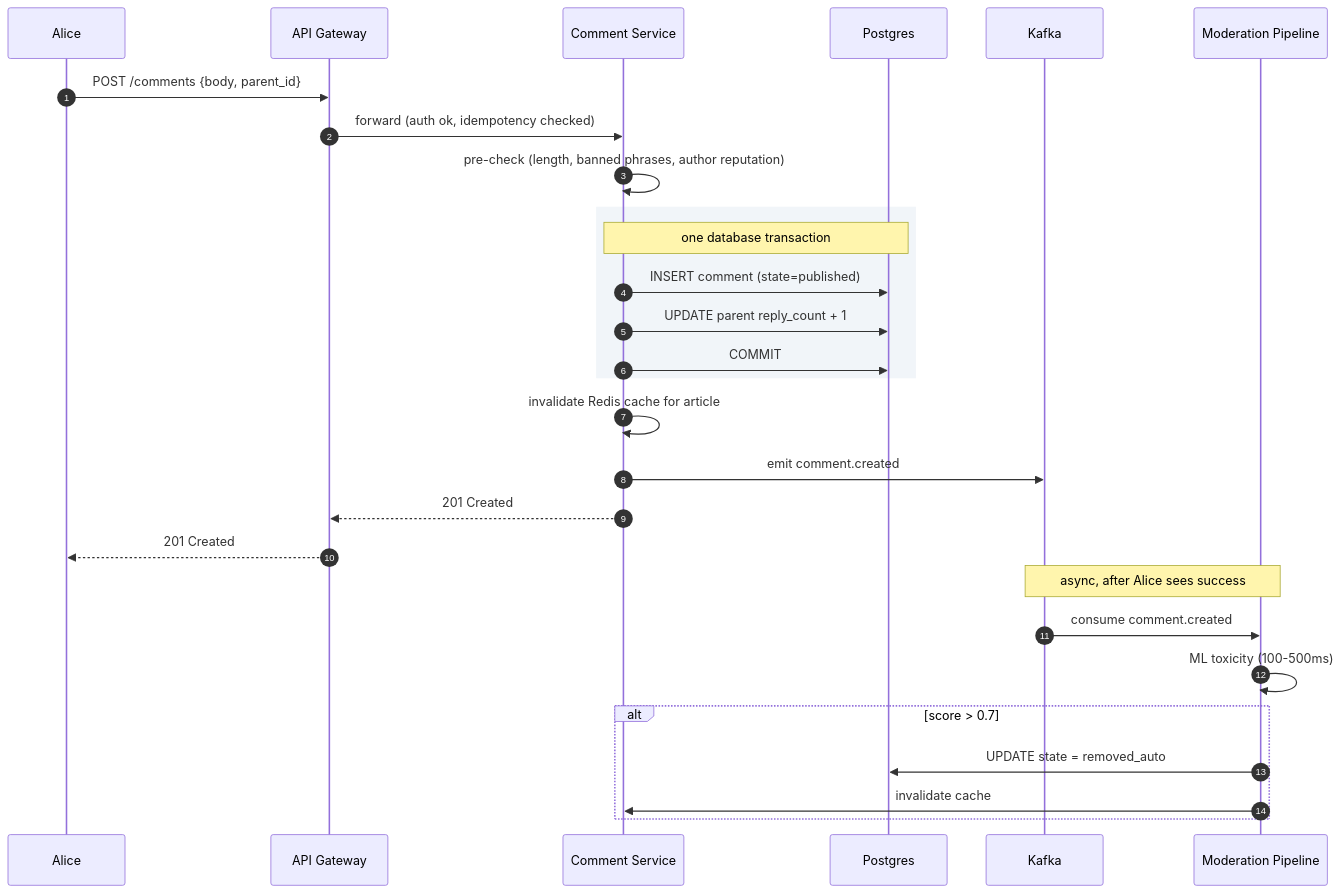
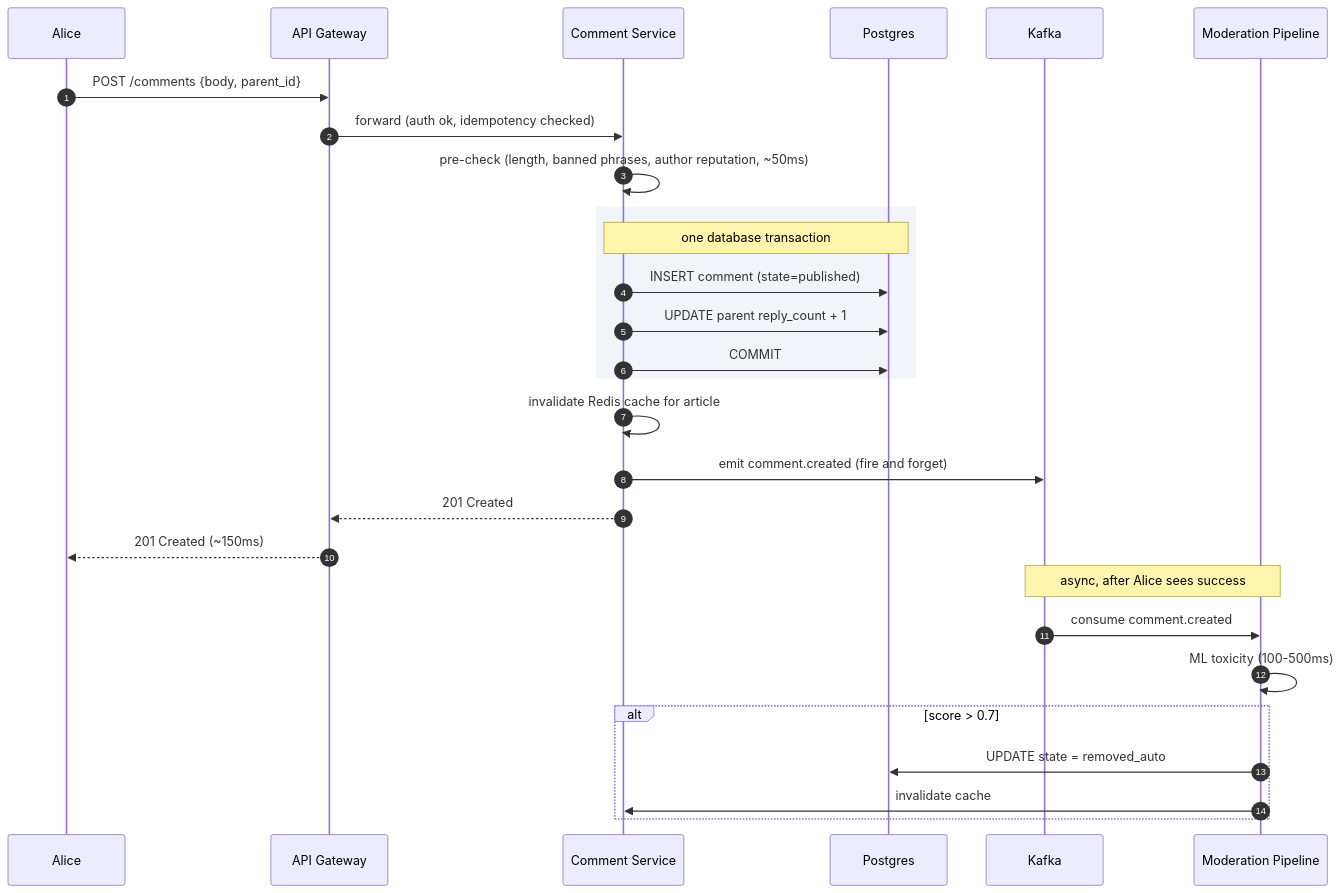
One commit to shiningflash/system-design changed the fourth of 5 diagrams in problems/015-comment-system/solution.md. Above: the diagram before and after it, drawn with Mermaid. The commit also changed other lines of this file and 37 other files, not shown here.

````diff
--- a/problems/015-comment-system/solution.md
+++ b/problems/015-comment-system/solution.md
@@ -395,34 +385,34 @@
 ```mermaid
 sequenceDiagram
     autonumber
     participant Alice
     participant GW as API Gateway
     participant CS as Comment Service
     participant DB as Postgres
     participant K as Kafka
     participant MOD as Moderation Pipeline
 
     Alice->>GW: POST /comments {body, parent_id}
     GW->>CS: forward (auth ok, idempotency checked)
-    CS->>CS: pre-check (length, banned phrases, author reputation)
+    CS->>CS: pre-check (length, banned phrases, author reputation, ~50ms)
 
     rect rgb(241, 245, 249)
         Note over CS,DB: one database transaction
         CS->>DB: INSERT comment (state=published)
         CS->>DB: UPDATE parent reply_count + 1
         CS->>DB: COMMIT
     end
 
     CS->>CS: invalidate Redis cache for article
-    CS->>K: emit comment.created
+    CS->>K: emit comment.created (fire and forget)
     CS-->>GW: 201 Created
-    GW-->>Alice: 201 Created
+    GW-->>Alice: 201 Created (~150ms)
 
     Note over K,MOD: async, after Alice sees success
     K->>MOD: consume comment.created
     MOD->>MOD: ML toxicity (100-500ms)
     alt score > 0.7
         MOD->>DB: UPDATE state = removed_auto
         MOD->>CS: invalidate cache
     end
 ```
````
